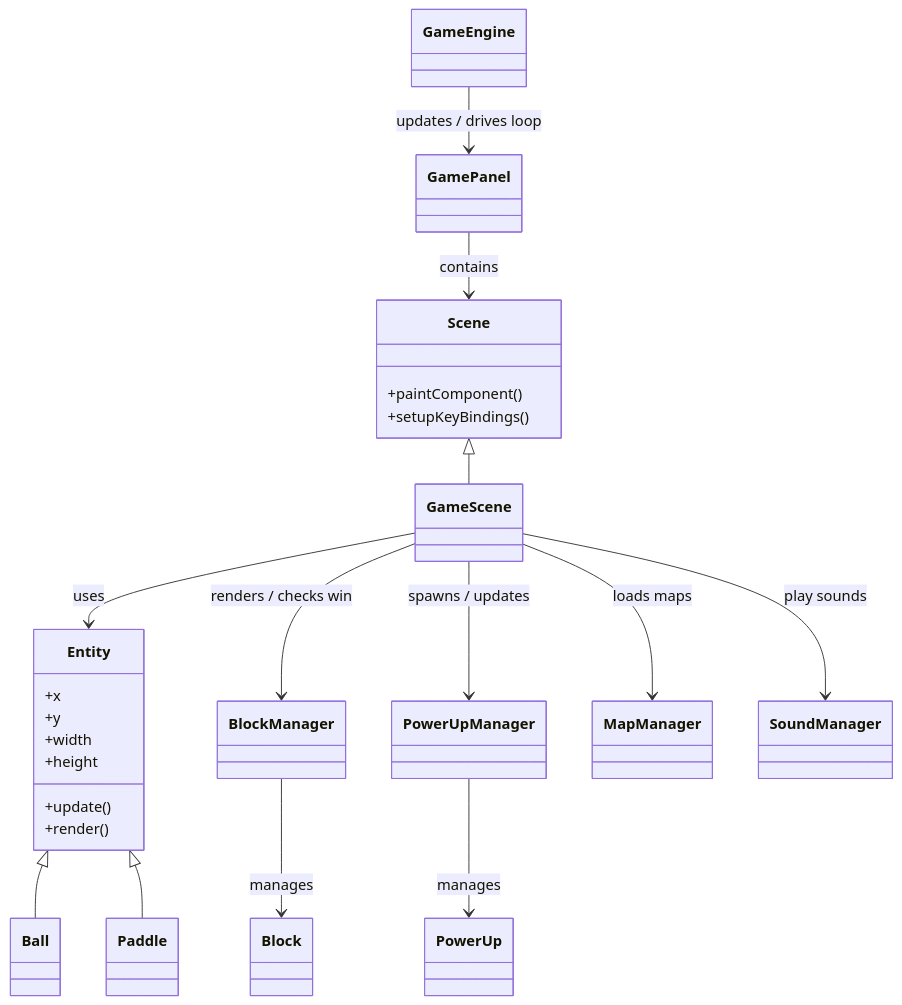
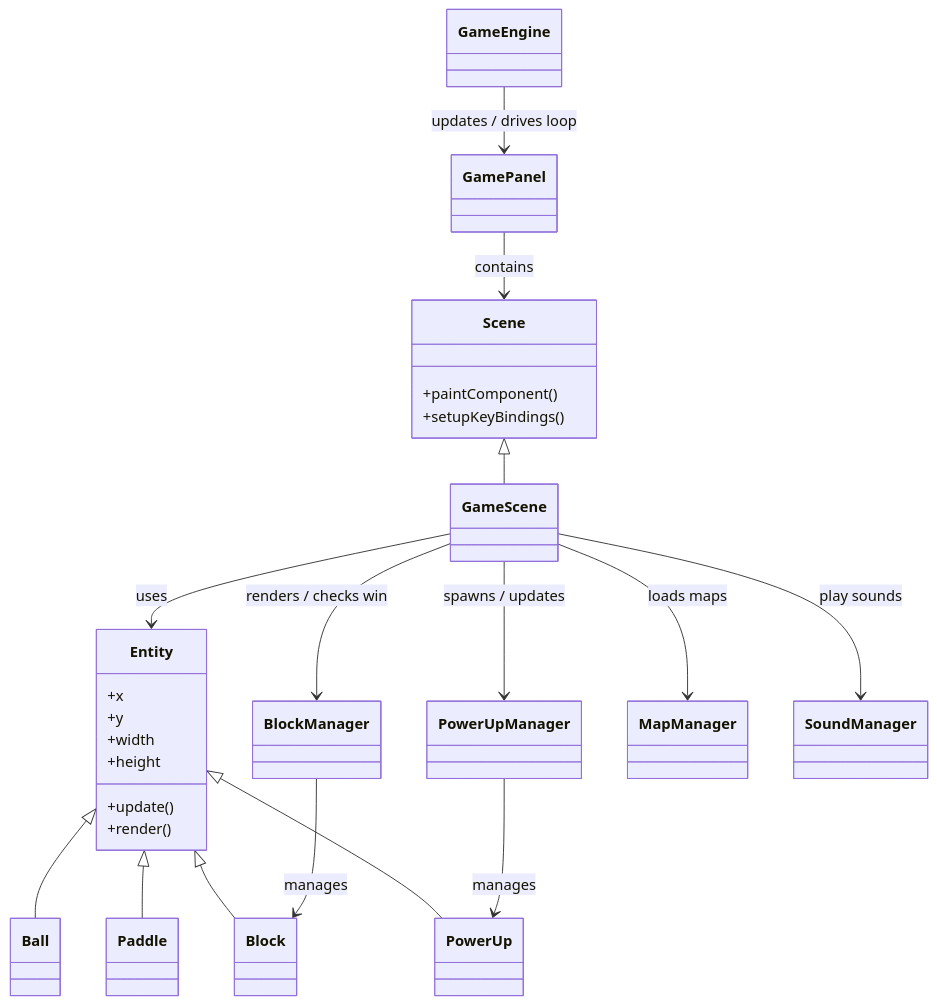
The diagram in README.md (dominhhieu1405/OOP-Project), drawn with Mermaid before and after one commit. The commit also changed other lines of this file and 2 other files, not shown here.

Commit message:
update: diagram + readme

````diff
--- a/README.md
+++ b/README.md
@@ -34,43 +34,45 @@
 ```mermaid
 classDiagram
 	class Scene
 	class GamePanel
 	class GameScene
 	class GameEngine
 	class Entity
 	class Ball
 	class Paddle
 	class Block
 	class BlockManager
 	class PowerUp
 	class PowerUpManager
 	class MapManager
 	class SoundManager
 
 	Scene <|-- GameScene
 	GamePanel --> Scene : contains
 	GameEngine --> GamePanel : updates / drives loop
 	GameScene --> Entity : uses
 	Entity <|-- Ball
 	Entity <|-- Paddle
+	Entity <|-- Block
+	Entity <|-- PowerUp
 	GameScene --> BlockManager : renders / checks win
 	BlockManager --> Block : manages
 	GameScene --> PowerUpManager : spawns / updates
 	PowerUpManager --> PowerUp : manages
 	GameScene --> MapManager : loads maps
 	GameScene --> SoundManager : play sounds
 
 	%% notes
 	class Scene{
         +paintComponent()
 	    +setupKeyBindings()
 	}
 	class Entity{
         +x
 	    +y
 	    +width
 	    +height
 	    +update()
 	    +render()
 	}
 ```
````
